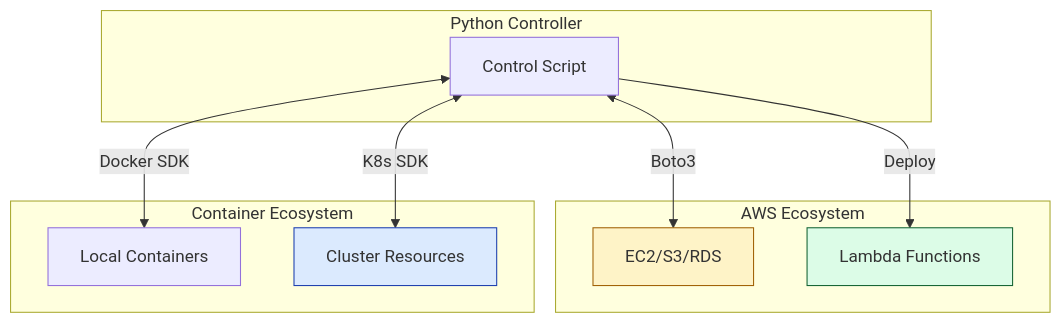
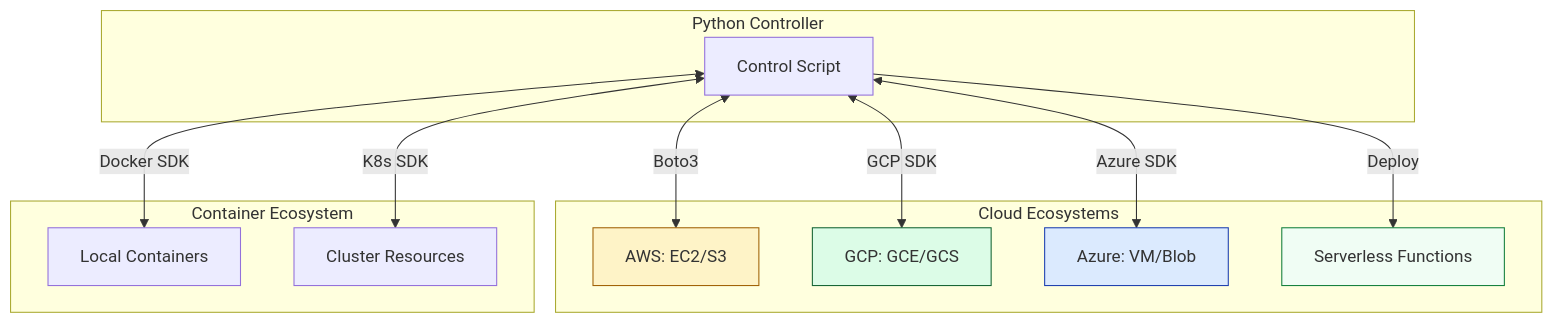
The diagram in 2-Intermediate/02-Phase-2/01-Infrastructure-Automation/01-Scripting-Automation/02-Python-for-Infrastructure/03-Part-3-The-Building-Blocks/README.md (Ganil151/Devops), drawn with Mermaid before and after one commit. The commit also changed other lines of this file and 77 other files, not shown here.

````diff
--- a/2-Intermediate/02-Phase-2/01-Infrastructure-Automation/01-Scripting-Automation/02-Python-for-Infrastructure/03-Part-3-The-Building-Blocks/README.md
+++ b/2-Intermediate/02-Phase-2/01-Infrastructure-Automation/01-Scripting-Automation/02-Python-for-Infrastructure/03-Part-3-The-Building-Blocks/README.md
@@ -49,20 +50,23 @@
 ```mermaid
 graph TD
     subgraph "Python Controller"
         A[Control Script]
     end
 
-    subgraph "AWS Ecosystem"
-        A <-->|Boto3| B[EC2/S3/RDS]
-        A -->|Deploy| C[Lambda Functions]
+    subgraph "Cloud Ecosystems"
+        A <-->|Boto3| B[AWS: EC2/S3]
+        A <-->|GCP SDK| C[GCP: GCE/GCS]
+        A <-->|Azure SDK| D[Azure: VM/Blob]
+        A -->|Deploy| E[Serverless Functions]
     end
 
     subgraph "Container Ecosystem"
-        A <-->|Docker SDK| D[Local Containers]
-        A <-->|K8s SDK| E[Cluster Resources]
+        A <-->|Docker SDK| F[Local Containers]
+        A <-->|K8s SDK| G[Cluster Resources]
     end
 
     style B fill:#fef3c7,stroke:#a16207
     style C fill:#dcfce7,stroke:#166534
-    style E fill:#dbeafe,stroke:#1e40af
+    style D fill:#dbeafe,stroke:#1e40af
+    style E fill:#f0fdf4,stroke:#15803d
 ```
````
